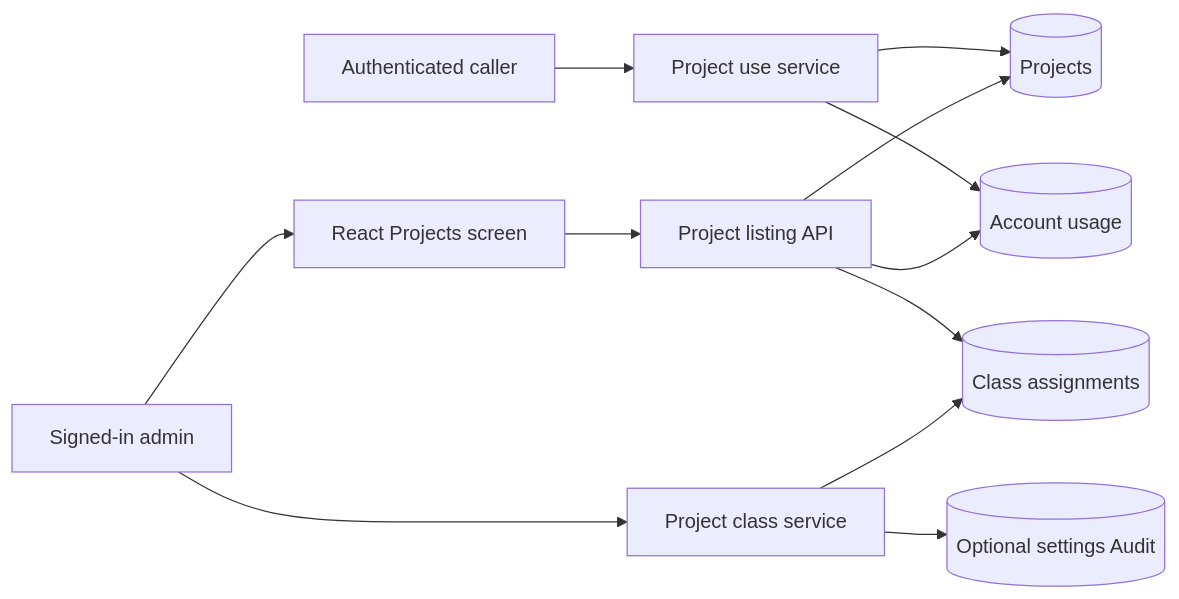
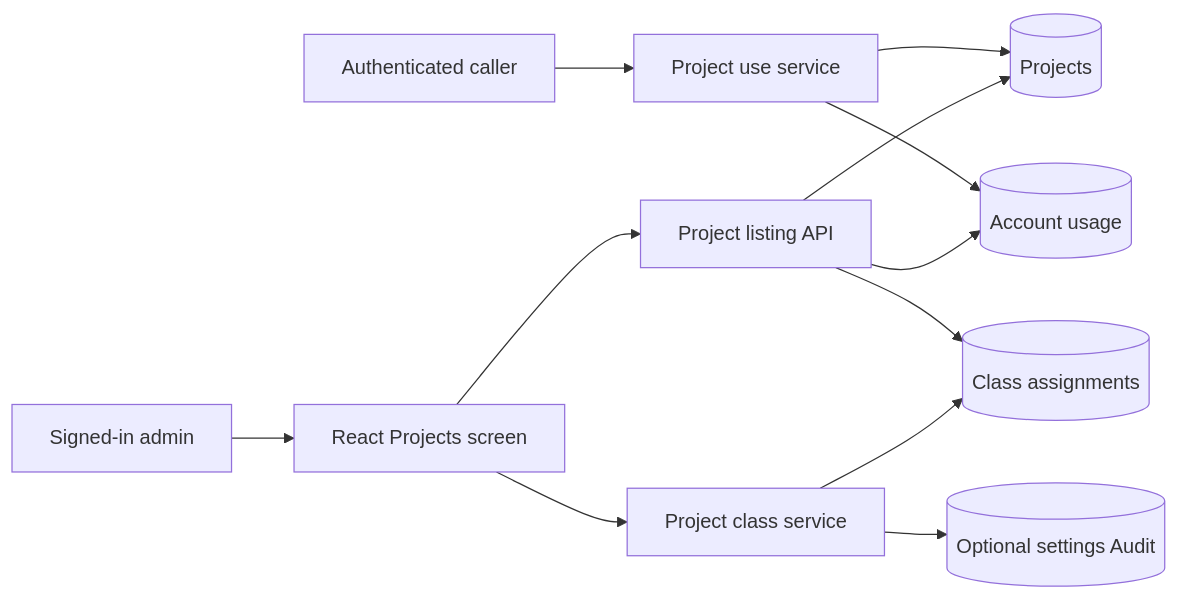
Before and after one commit to OsamaFelFel/keeplane: the diagram in docs/architecture/projects.md, drawn with Mermaid. The commit also changed other lines of this file and 7 other files, not shown here.

````diff
--- a/docs/architecture/projects.md
+++ b/docs/architecture/projects.md
@@ -7,14 +7,14 @@
 ```mermaid
 flowchart LR
   Caller[Authenticated caller] --> Store[Project use service]
   Store --> Projects[(Projects)]
   Store --> Usage[(Account usage)]
   Admin[Signed-in admin] --> Screen[React Projects screen]
   Screen --> Listing[Project listing API]
   Listing --> Projects
   Listing --> Usage
   Listing --> Classes[(Class assignments)]
-  Admin --> Assignment[Project class service]
+  Screen --> Assignment[Project class service]
   Assignment --> Classes
   Assignment --> Audit[(Optional settings Audit)]
 ```
````
